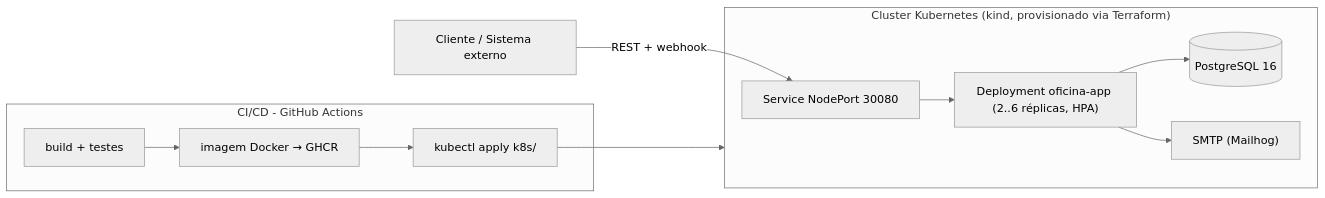
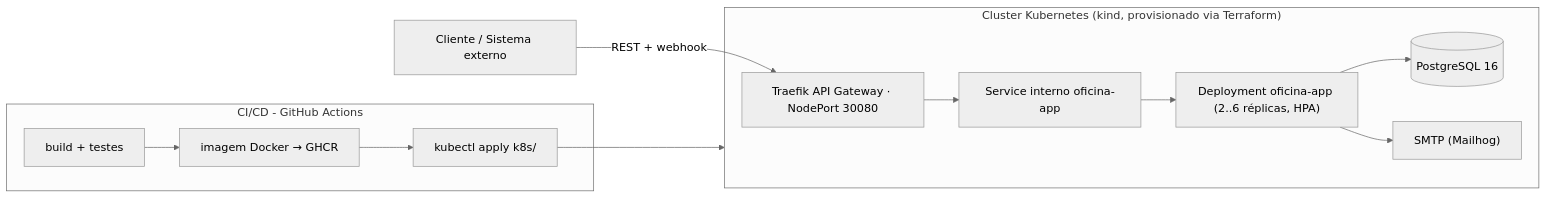
The diagram in README.md (daniloichaves/oficina-mecanica-tech), drawn with Mermaid (neutral theme) before and after one commit. The commit also changed other lines of this file and 82 other files, not shown here.

````diff
--- a/README.md
+++ b/README.md
@@ -27,14 +27,15 @@
 ```mermaid
 flowchart LR
     subgraph CICD ["CI/CD - GitHub Actions"]
         A[build + testes] --> B[imagem Docker → GHCR]
         B --> C[kubectl apply k8s/]
     end
     subgraph K8S ["Cluster Kubernetes (kind, provisionado via Terraform)"]
-        D["Service NodePort 30080"] --> E["Deployment oficina-app (2..6 réplicas, HPA)"]
-        E --> F[("PostgreSQL 16")]
-        E --> G["SMTP (Mailhog)"]
+        D["Traefik API Gateway · NodePort 30080"] --> E["Service interno oficina-app"]
+        E --> H["Deployment oficina-app (2..6 réplicas, HPA)"]
+        H --> F[("PostgreSQL 16")]
+        H --> G["SMTP (Mailhog)"]
     end
     C --> K8S
     U["Cliente / Sistema externo"] -->|"REST + webhook"| D
 ```
````
